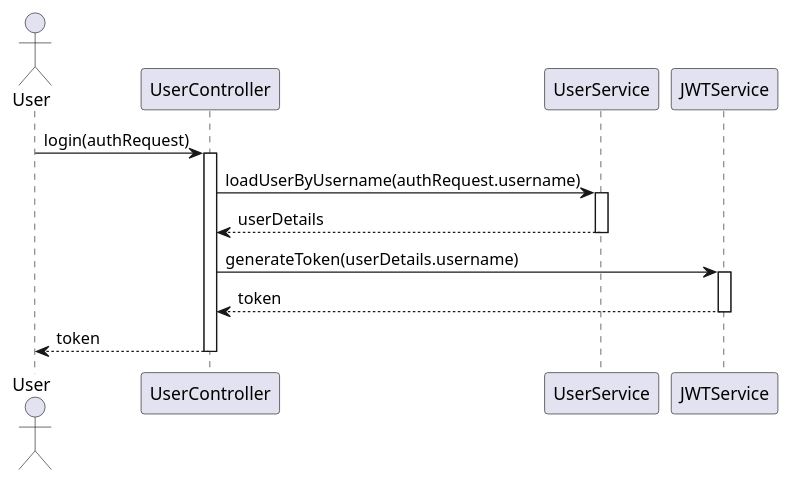
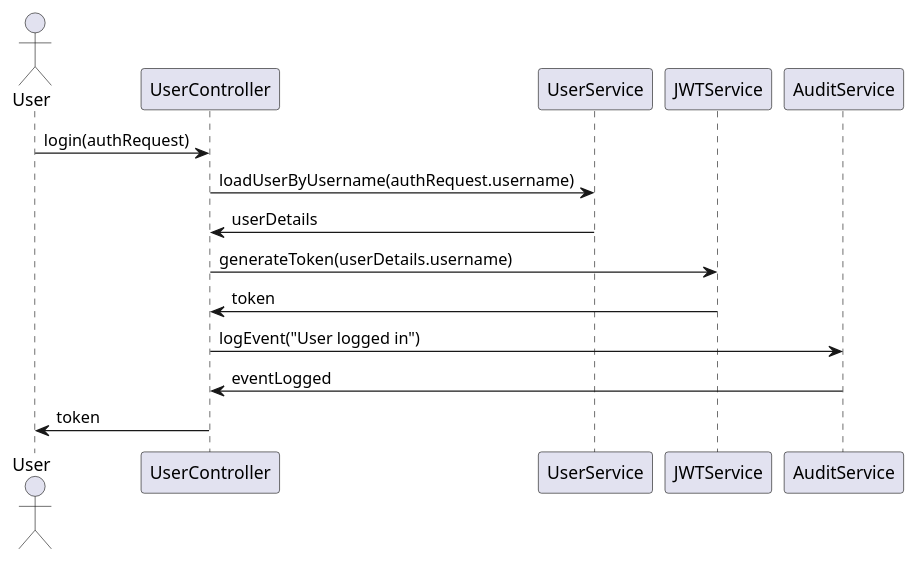
One commit to Dinesh-s95/AutoDoc.ai changed the second of 5 diagrams in identityprovider/documentation/detaileddesign.adoc. Above: the diagram before and after it, drawn with PlantUML. The commit also changed other lines of this file and 4 other files, not shown here.

```diff
--- a/identityprovider/documentation/detaileddesign.adoc
+++ b/identityprovider/documentation/detaileddesign.adoc
@@ -329,25 +680,19 @@
-[plantuml, authentication-login-flow, png]
+[source,plantuml]
 ----
 @startuml
 actor User
 participant UserController
 participant UserService
 participant JWTService
+participant AuditService
 
 User -> UserController : login(authRequest)
-activate UserController
-
 UserController -> UserService : loadUserByUsername(authRequest.username)
-activate UserService
-UserService --> UserController : userDetails
-deactivate UserService
-
+UserService -> UserController : userDetails
 UserController -> JWTService : generateToken(userDetails.username)
-activate JWTService
-JWTService --> UserController : token
-deactivate JWTService
-
-UserController --> User : token
-deactivate UserController
+JWTService -> UserController : token
+UserController -> AuditService : logEvent("User logged in")
+AuditService -> UserController : eventLogged
+UserController -> User : token
 @enduml
 ----
```
